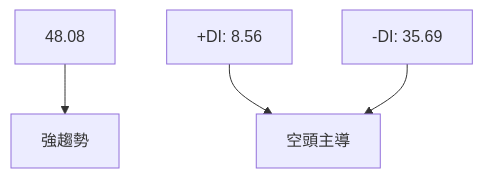
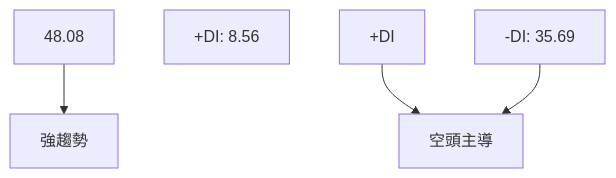
The third of 11 diagrams in ai_gen_report/stock/sofi/technical_analysis_2026-03-29_openai.md (yennanliu/finance_data), drawn with Mermaid before and after one commit. The commit also changed 2258 other files, not shown here.

First line of the commit message:
chore: backfill Mermaid syntax repair across existing reports

````diff
--- a/ai_gen_report/stock/sofi/technical_analysis_2026-03-29_openai.md
+++ b/ai_gen_report/stock/sofi/technical_analysis_2026-03-29_openai.md
@@ -133,9 +133,9 @@
 ```mermaid
 graph TD
-    ADX[48.08]
-    +DI[+DI: 8.56]
-    -DI[-DI: 35.69]
+    ADX["48.08"]
+    +DI["+DI: 8.56"]
+    -DI["-DI: 35.69"]
     ADX --> 強趨勢
-    +DI --> 空頭主導
+    nb1["+DI"] --> 空頭主導
     -DI --> 空頭主導
 ```
````
